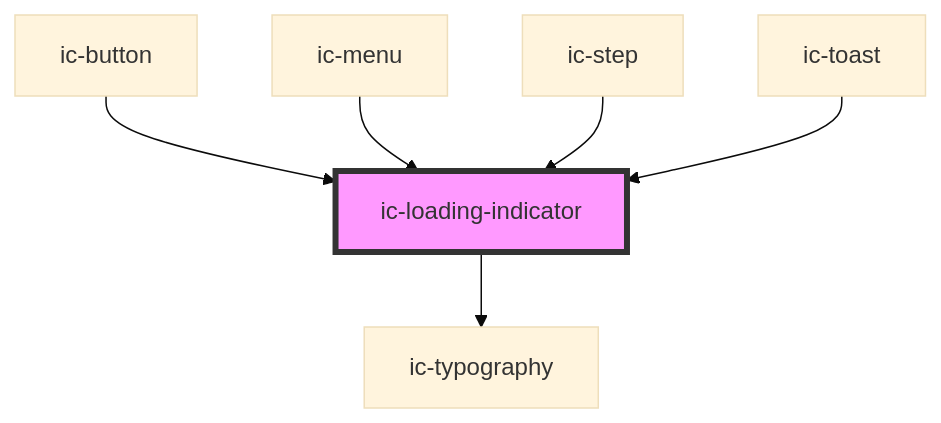
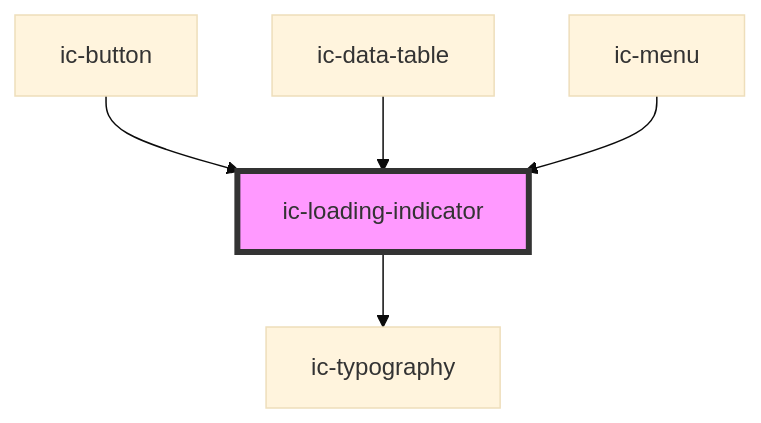
One commit to mi6/ic-ui-kit changed the diagram in packages/web-components/src/components/ic-loading-indicator/readme.md. Above: the diagram before and after it, drawn with Mermaid (base theme). The commit also changed other lines of this file and 19 other files, not shown here.

````diff
--- a/packages/web-components/src/components/ic-loading-indicator/readme.md
+++ b/packages/web-components/src/components/ic-loading-indicator/readme.md
@@ -53,9 +52,8 @@
 ```mermaid
 graph TD;
   ic-loading-indicator --> ic-typography
   ic-button --> ic-loading-indicator
+  ic-data-table --> ic-loading-indicator
   ic-menu --> ic-loading-indicator
-  ic-step --> ic-loading-indicator
-  ic-toast --> ic-loading-indicator
   style ic-loading-indicator fill:#f9f,stroke:#333,stroke-width:4px
 ```
````
